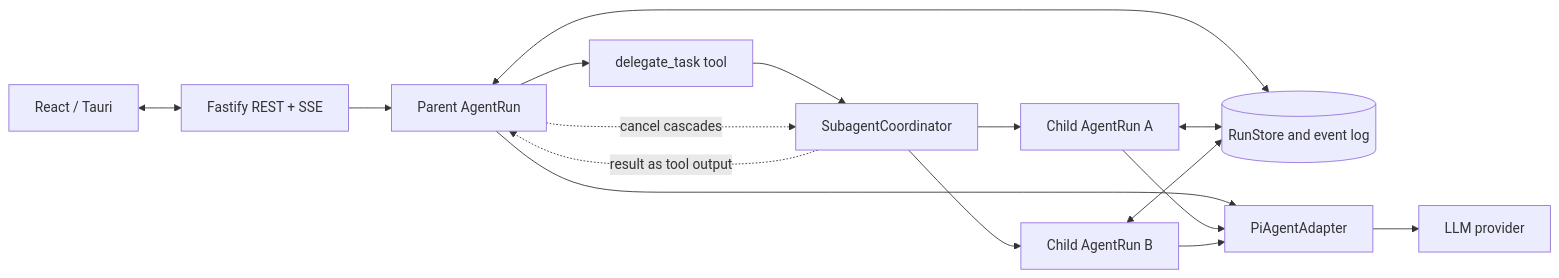
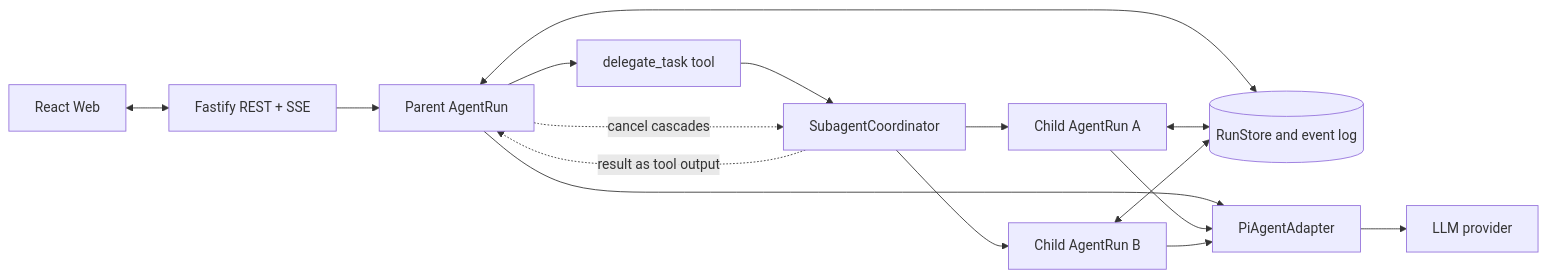
Before and after one commit to junqing258/antler: the diagram in docs/08-subagent-design.md, drawn with Mermaid. The commit also changed 101 other files, not shown here.

````diff
--- a/docs/08-subagent-design.md
+++ b/docs/08-subagent-design.md
@@ -36,12 +36,12 @@
 ```mermaid
 flowchart LR
-  UI["React / Tauri"] <--> API["Fastify REST + SSE"]
+  UI["React Web"] <--> API["Fastify REST + SSE"]
   API --> Parent["Parent AgentRun"]
   Parent --> Tool["delegate_task tool"] --> Coordinator["SubagentCoordinator"]
   Coordinator --> ChildA["Child AgentRun A"]
   Coordinator --> ChildB["Child AgentRun B"]
   Parent & ChildA & ChildB <--> Store[("RunStore and event log")]
   Parent & ChildA & ChildB --> Adapter["PiAgentAdapter"] --> Provider["LLM provider"]
   Coordinator -. "result as tool output" .-> Parent
   Parent -. "cancel cascades" .-> Coordinator
 ```
````
